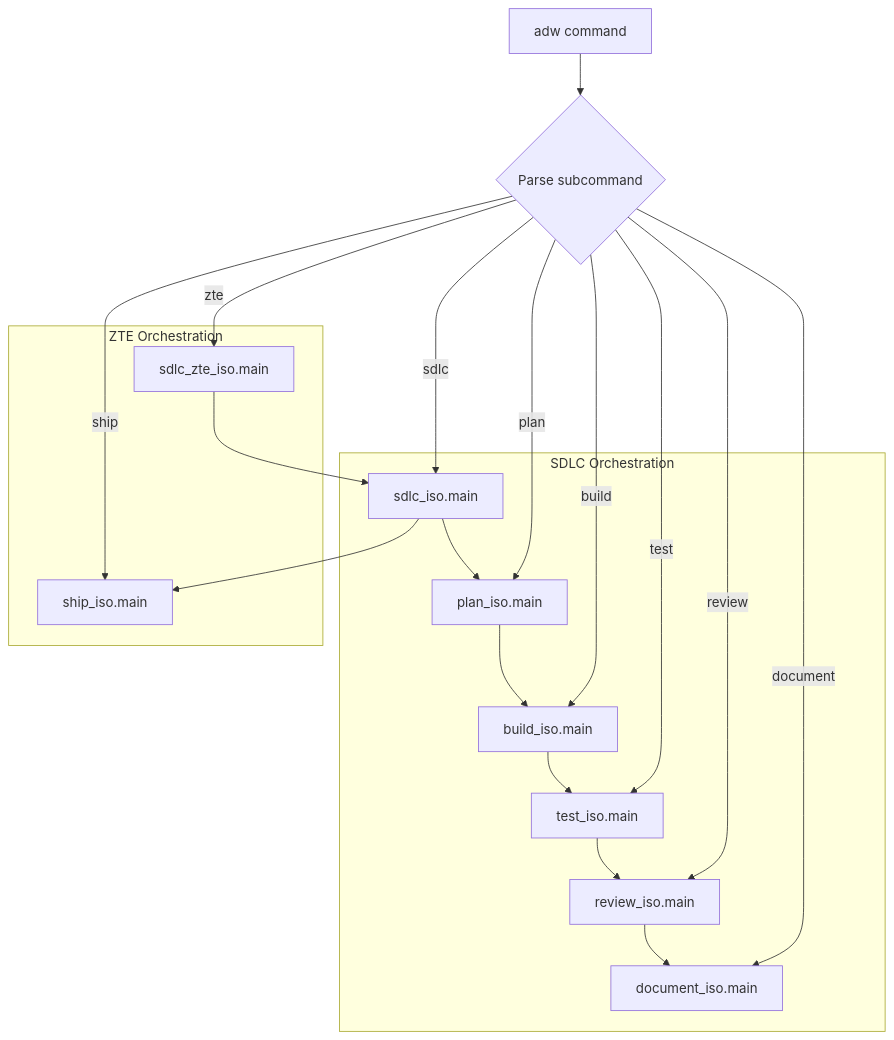
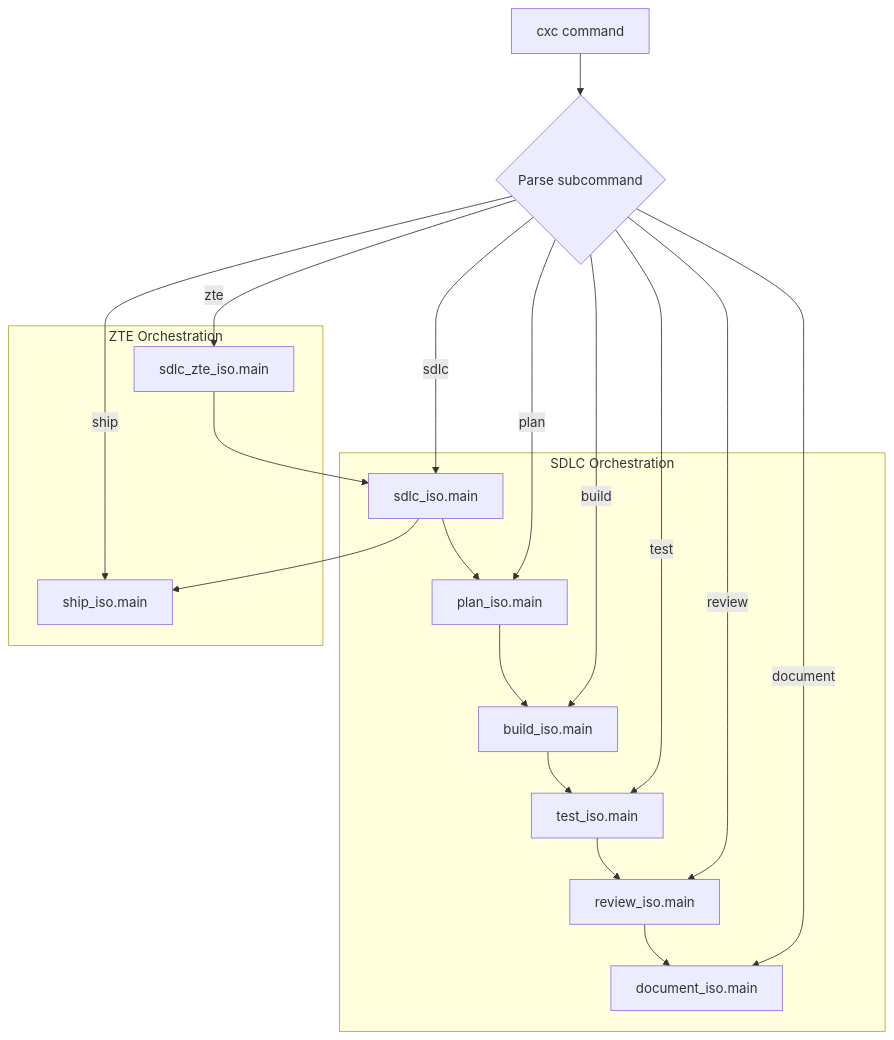
One commit to alexfosterinvisible/Cortex-Code changed diagram 17 of 20 in .af/specs/fullrepo_dec30/C/design.md. Above: the diagram before and after it, drawn with Mermaid. The commit also changed other lines of this file and 19 other files, not shown here.

First line of the commit message:
fix: complete adw→cxc rename + fix integration tests

````diff
--- a/.af/specs/fullrepo_dec30/C/design.md
+++ b/.af/specs/fullrepo_dec30/C/design.md
@@ -720,26 +720,26 @@
 ```mermaid
 flowchart TD
-    A[adw command] --> B{Parse subcommand}
+    A[cxc command] --> B{Parse subcommand}
 
     B -->|plan| C[plan_iso.main]
     B -->|build| D[build_iso.main]
     B -->|test| E[test_iso.main]
     B -->|review| F[review_iso.main]
     B -->|document| G[document_iso.main]
     B -->|ship| H[ship_iso.main]
     B -->|sdlc| I[sdlc_iso.main]
     B -->|zte| J[sdlc_zte_iso.main]
 
     subgraph "SDLC Orchestration"
         I --> C
         C --> D
         D --> E
         E --> F
         F --> G
     end
 
     subgraph "ZTE Orchestration"
         J --> I
         I --> H
     end
 ```
````
